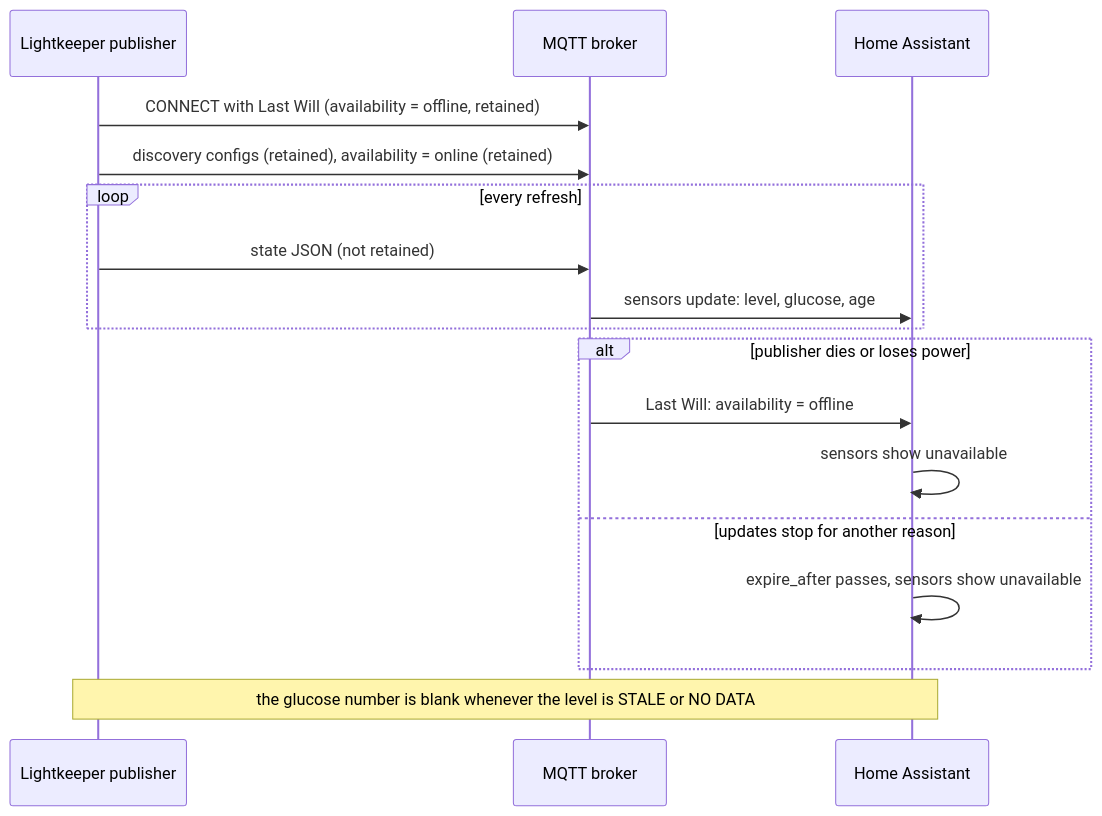
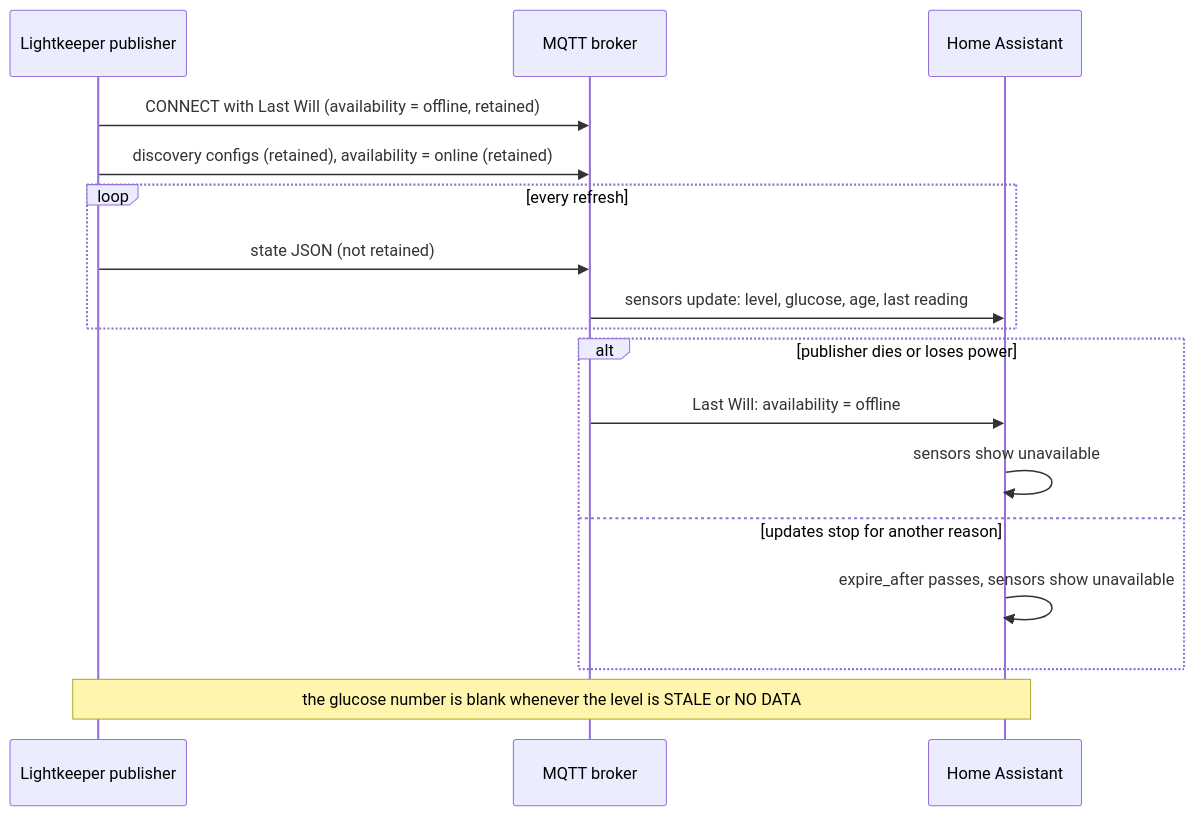
Before and after one commit to esanacore/lightkeeper: the diagram in assets/diagrams/ha-availability.mmd, drawn with Mermaid. The commit also changed 15 other files, not shown here.

First line of the commit message:
docs: bring architecture, setup, operations and brand docs up to waves 1 and 2

```diff
--- a/assets/diagrams/ha-availability.mmd
+++ b/assets/diagrams/ha-availability.mmd
@@ -1,17 +1,17 @@
 sequenceDiagram
     participant P as Lightkeeper publisher
     participant B as MQTT broker
     participant H as Home Assistant
     P->>B: CONNECT with Last Will (availability = offline, retained)
     P->>B: discovery configs (retained), availability = online (retained)
     loop every refresh
         P->>B: state JSON (not retained)
-        B->>H: sensors update: level, glucose, age
+        B->>H: sensors update: level, glucose, age, last reading
     end
     alt publisher dies or loses power
         B->>H: Last Will: availability = offline
         H->>H: sensors show unavailable
     else updates stop for another reason
         H->>H: expire_after passes, sensors show unavailable
     end
     Note over P,H: the glucose number is blank whenever the level is STALE or NO DATA
```
